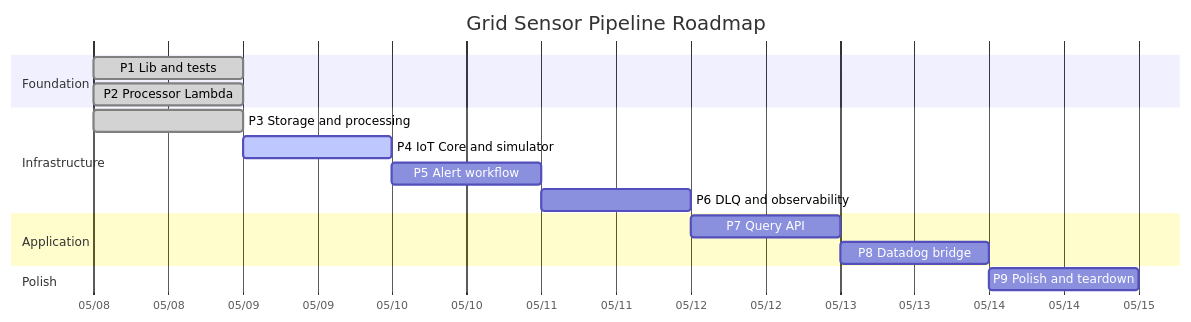
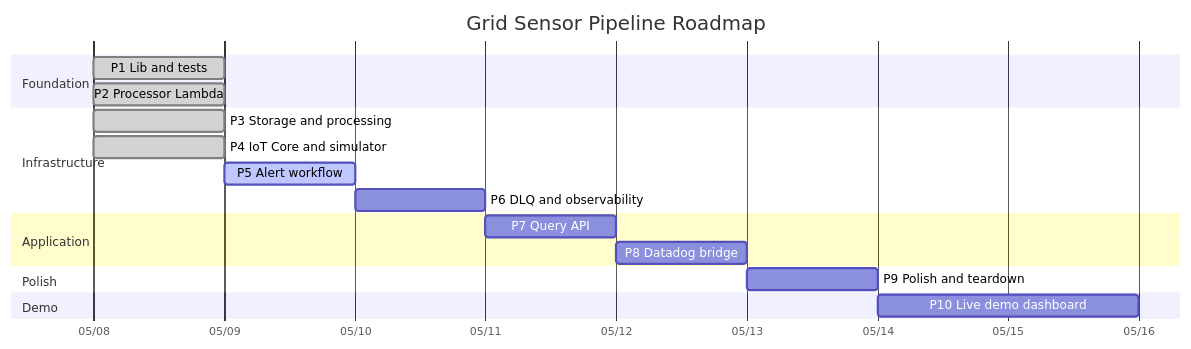
Before and after one commit to amusto/Grid-Sensor-Pipeline: the diagram in ROADMAP.md, drawn with Mermaid. The commit also changed other lines of this file and 14 other files, not shown here.

First line of the commit message:
docs(roadmap): add Phase 10 - live demo dashboard

````diff
--- a/ROADMAP.md
+++ b/ROADMAP.md
@@ -57,19 +63,21 @@
 ```mermaid
 gantt
     title Grid Sensor Pipeline Roadmap
     dateFormat YYYY-MM-DD
     axisFormat %m/%d
     section Foundation
     P1 Lib and tests              :done,   p1, 2026-05-08, 1d
     P2 Processor Lambda           :done,   p2, 2026-05-08, 1d
     section Infrastructure
     P3 Storage and processing     :done,   p3, 2026-05-08, 1d
-    P4 IoT Core and simulator     :active, p4, after p3, 1d
-    P5 Alert workflow             :        p5, after p4, 1d
+    P4 IoT Core and simulator     :done,   p4, 2026-05-08, 1d
+    P5 Alert workflow             :active, p5, after p4, 1d
     P6 DLQ and observability      :        p6, after p5, 1d
     section Application
     P7 Query API                  :        p7, after p6, 1d
     P8 Datadog bridge             :        p8, after p7, 1d
     section Polish
     P9 Polish and teardown        :        p9, after p8, 1d
+    section Demo
+    P10 Live demo dashboard       :        p10, after p9, 2d
 ```
````
